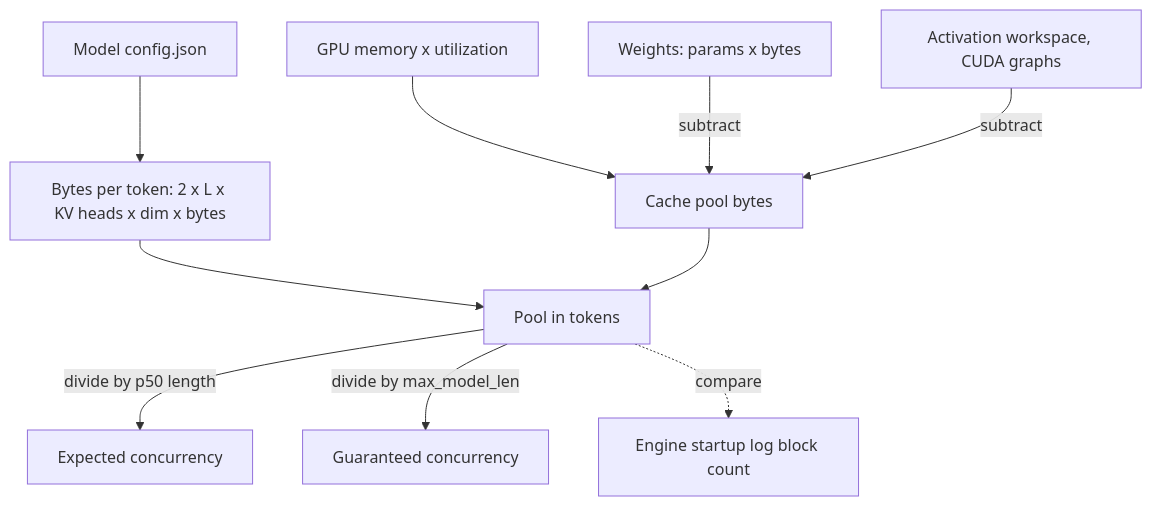
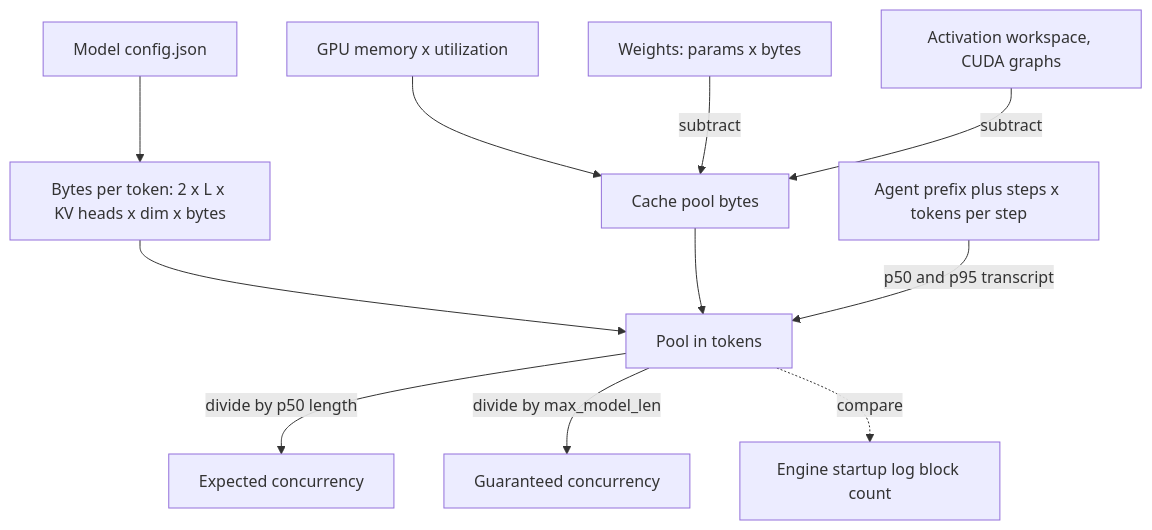
One commit to lovishmahajan97/agentic-learning changed the diagram in content/serving-inference/kv-cache-memory-estimation.md. Above: the diagram before and after it, drawn with Mermaid. The commit also changed other lines of this file and 266 other files, not shown here.

````diff
--- a/content/serving-inference/kv-cache-memory-estimation.md
+++ b/content/serving-inference/kv-cache-memory-estimation.md
@@ -121,12 +151,13 @@
 ```mermaid
 flowchart TD
     CFG["Model config.json"] --> BPT["Bytes per token: 2 x L x KV heads x dim x bytes"]
     GPU["GPU memory x utilization"] --> POOL["Cache pool bytes"]
     W["Weights: params x bytes"] -->|"subtract"| POOL
     WS["Activation workspace, CUDA graphs"] -->|"subtract"| POOL
     BPT --> TOK["Pool in tokens"]
     POOL --> TOK
+    RUN["Agent prefix plus steps x tokens per step"] -->|"p50 and p95 transcript"| TOK
     TOK -->|"divide by p50 length"| EXP["Expected concurrency"]
     TOK -->|"divide by max_model_len"| GUA["Guaranteed concurrency"]
     TOK -.->|"compare"| LOG["Engine startup log block count"]
 ```
````
